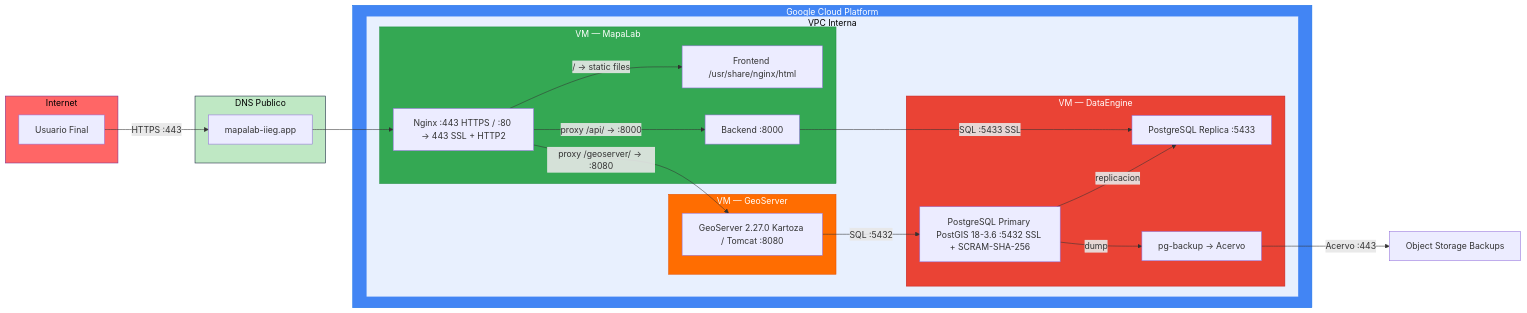
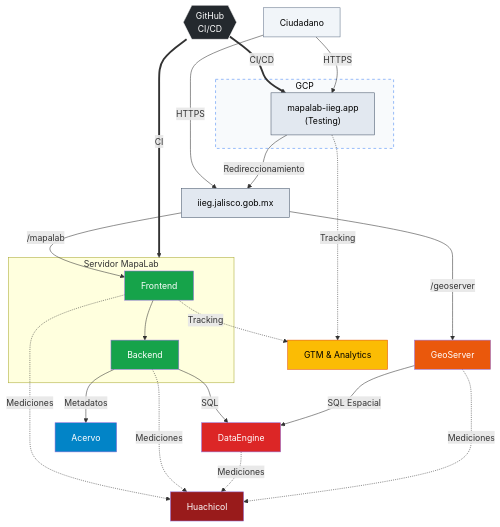
Before and after one commit to iieg-oficial/mapalab: the second of 3 diagrams in docs/arquitectura.md, drawn with Mermaid. The commit also changed 9 other files, not shown here.

Commit message:
feat: release version 1.0.0 with updated dependencies, refined Vite chunking, and comprehensive architecture and README documentation

````diff
--- a/docs/arquitectura.md
+++ b/docs/arquitectura.md
@@ -43,52 +43,80 @@
 ```mermaid
-graph LR
-    subgraph INTERNET["Internet"]
-        USER["Usuario Final"]
+graph TB
+    %% --- EXTERNOS ---
+    USER["Ciudadano"]
+    GTM["GTM & Analytics"]
+    GITHUB{{GitHub<br>CI/CD}}
+
+    %% --- ENTORNO TESTING (GCP) ---
+    subgraph GCP["GCP"]
+        TESTING_NODE["mapalab-iieg.app<br>(Testing)"]
     end
 
-    subgraph DNS["DNS Publico"]
-        DOM["mapalab-iieg.app"]
+    %% --- ENTORNO PRINCIPAL (PRODUCCIÓN) ---
+    DOM_MAIN["iieg.jalisco.gob.mx"]
+    
+    %% Agrupación del Servidor MapaLab
+    subgraph S_MAPA["Servidor MapaLab"]
+        FE["Frontend"]
+        BE["Backend"]
     end
+    
+    GEO["GeoServer"]
+    DE["DataEngine"]
+    ACERVO["Acervo"]
+    HUACHICOL["Huachicol"]
 
-    subgraph GCP["Google Cloud Platform"]
-        subgraph VPC["VPC Interna"]
-            subgraph VM_MAPA["VM — MapaLab"]
-                NGINX["Nginx :443 HTTPS / :80 → 443 SSL + HTTP2"]
-                FE["Frontend /usr/share/nginx/html"]
-                BE["Backend :8000"]
-            end
+    %% --- FLUJOS DE DESPLIEGUE (GitHub) ---
+    GITHUB ==>|"CI/CD"| TESTING_NODE
+    GITHUB ==>|"CI"| S_MAPA
 
-            subgraph VM_DE["VM — DataEngine"]
-                PG_PRI["PostgreSQL Primary PostGIS 18-3.6 :5432 SSL + SCRAM-SHA-256"]
-                PG_REP["PostgreSQL Replica :5433"]
-                PG_BKP["pg-backup → Acervo"]
-            end
+    %% --- ACCESOS DEL USUARIO Y REDIRECCIONAMIENTO ---
+    USER -->|"HTTPS"| TESTING_NODE
+    USER -->|"HTTPS"| DOM_MAIN
+    
+    %% Conexión de Testing a Producción (Redireccionamiento)
+    TESTING_NODE -->|"Redireccionamiento"| DOM_MAIN
 
-            subgraph VM_GEO["VM — GeoServer"]
-                GEO["GeoServer 2.27.0 Kartoza / Tomcat :8080"]
-            end
-        end
-    end
+    %% Tracking a GTM
+    FE -.->|"Tracking"| GTM
+    TESTING_NODE -.->|"Tracking"| GTM
 
-    USER -->|"HTTPS :443"| DOM
-    DOM --> NGINX
+    %% --- FLUJOS DEL ENTORNO PRINCIPAL ---
+    DOM_MAIN -->|"/mapalab"| FE
+    DOM_MAIN -->|"/geoserver"| GEO
+    
+    %% Flujo interno de la App: Frontend a Backend
+    FE --> BE
 
-    NGINX -->|"/ → static files"| FE
-    NGINX -->|"proxy /api/ → :8000"| BE
-    NGINX -->|"proxy /geoserver/ → :8080"| GEO
+    %% Conexiones a Datos y Almacenamiento (desde el Backend)
+    BE -->|"SQL"| DE
+    BE -->|"Metadatos"| ACERVO
+    GEO -->|"SQL Espacial"| DE
 
-    BE -->|"SQL :5433 SSL"| PG_REP
-    GEO -->|"SQL :5432"| PG_PRI
+    %% --- MONITOREO (Mediciones) ---
+    FE -.->|"Mediciones"| HUACHICOL
+    BE -.->|"Mediciones"| HUACHICOL
+    DE -.->|"Mediciones"| HUACHICOL
+    GEO -.->|"Mediciones"| HUACHICOL
 
-    PG_PRI -->|"replicacion"| PG_REP
-    PG_PRI -->|"dump"| PG_BKP
-    PG_BKP -->|"Acervo :443"| acervo["Object Storage Backups"]
+    %% --- ESTILOS ---
+    style USER fill:#f1f5f9,stroke:#64748b,color:#000
+    style GTM fill:#fbbc04,stroke:#e65100,color:#000
+    style GITHUB fill:#24292e,color:#fff,stroke:#fafafa
+    
+    %% Estilo de Testing (GCP)
+    style TESTING_NODE fill:#e2e8f0,stroke:#475569,color:#000
+    style GCP fill:#f8fafc,stroke:#4285f4,stroke-dasharray: 5 5,color:#000
 
-    style INTERNET fill:#f66,stroke:#7b2d8e,color:#000
-    style DNS fill:#1a24,stroke:#16213e,color:#000
-    style GCP fill:#4285f4,stroke:#1a73e8,color:#fff
-    style VPC fill:#e8f0fe,stroke:#4285f4,color:#000
-    style VM_MAPA fill:#34a853,stroke:#1e8e3e,color:#fff
-    style VM_DE fill:#ea4335,stroke:#c5221f,color:#fff
-    style VM_GEO fill:#ff6d01,stroke:#e65100,color:#fff
+    %% Estilos del Entorno Principal
+    style DOM_MAIN fill:#e2e8f0,stroke:#475569,color:#000
+    
+    %% Estilos para Frontend y Backend
+    style FE fill:#16a34a,color:#fff
+    style BE fill:#16a34a,color:#fff
+    
+    style GEO fill:#ea580c,color:#fff
+    style DE fill:#dc2626,color:#fff
+    style ACERVO fill:#0284c7,color:#fff
+    style HUACHICOL fill:#991b1b,color:#fff
 ```
````
